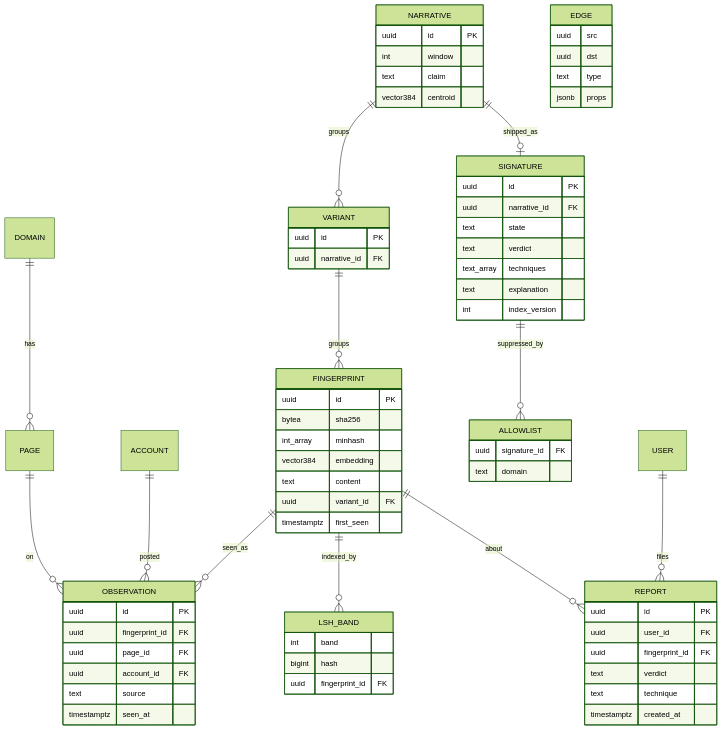
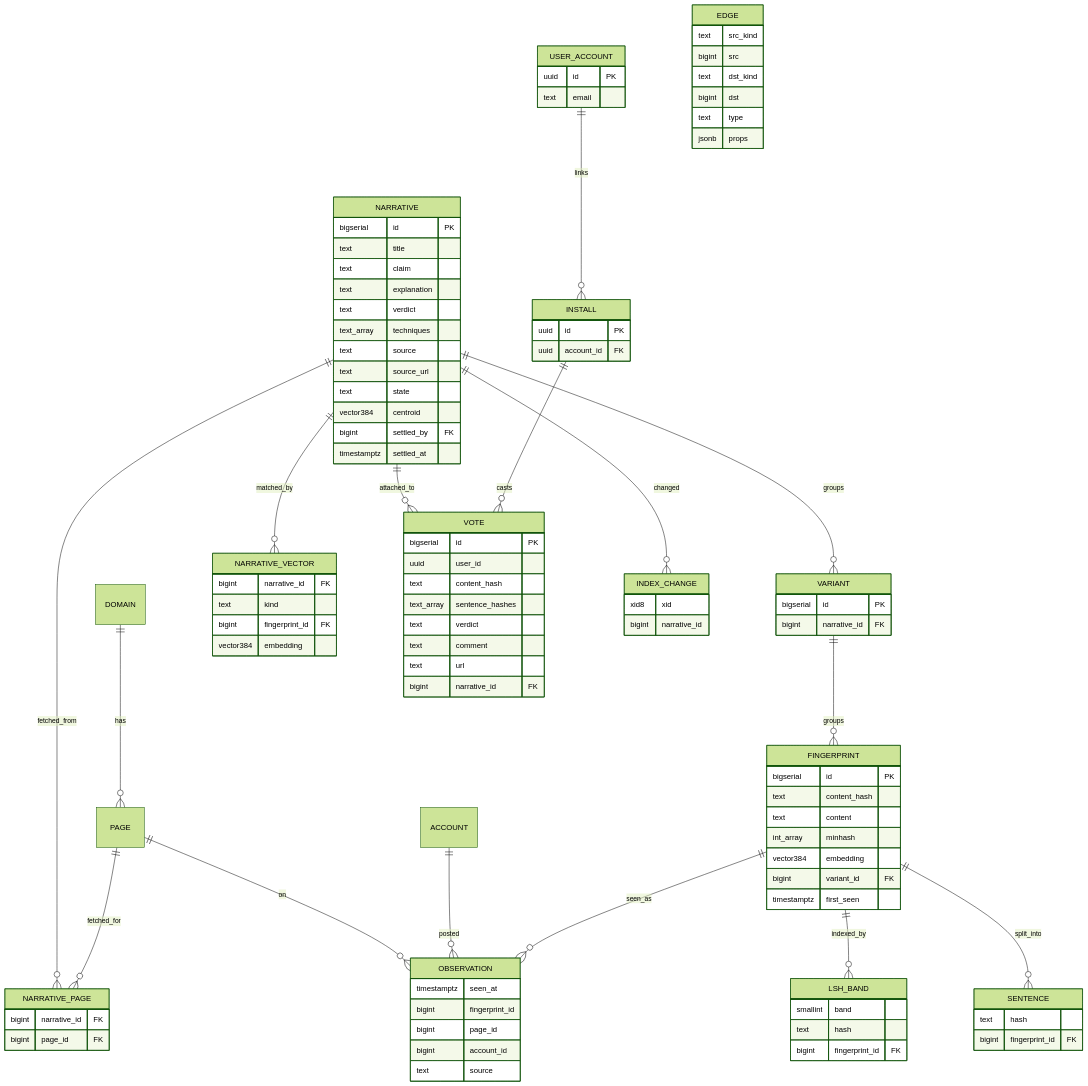
One commit to nlinnanen/konklaavi changed the second of 3 diagrams in docs/data-model.md. Above: the diagram before and after it, drawn with Mermaid (forest theme). The commit also changed other lines of this file and 5 other files, not shown here.

```diff
--- a/docs/data-model.md
+++ b/docs/data-model.md
@@ -49,70 +47,98 @@
   PAGE ||--o{ OBSERVATION : on
   ACCOUNT ||--o{ OBSERVATION : posted
   FINGERPRINT ||--o{ OBSERVATION : seen_as
+  FINGERPRINT ||--o{ SENTENCE : split_into
   FINGERPRINT ||--o{ LSH_BAND : indexed_by
   VARIANT ||--o{ FINGERPRINT : groups
   NARRATIVE ||--o{ VARIANT : groups
-  NARRATIVE ||--o| SIGNATURE : shipped_as
-  SIGNATURE ||--o{ ALLOWLIST : suppressed_by
-  USER ||--o{ REPORT : files
-  FINGERPRINT ||--o{ REPORT : about
+  NARRATIVE ||--o{ NARRATIVE_VECTOR : matched_by
+  NARRATIVE ||--o{ NARRATIVE_PAGE : fetched_from
+  PAGE ||--o{ NARRATIVE_PAGE : fetched_for
+  NARRATIVE ||--o{ VOTE : attached_to
+  NARRATIVE ||--o{ INDEX_CHANGE : changed
+  USER_ACCOUNT ||--o{ INSTALL : links
+  INSTALL ||--o{ VOTE : casts
 
   OBSERVATION {
-    uuid id PK
-    uuid fingerprint_id FK
-    uuid page_id FK
-    uuid account_id FK
+    timestamptz seen_at
+    bigint fingerprint_id
+    bigint page_id
+    bigint account_id
     text source
-    timestamptz seen_at
   }
   FINGERPRINT {
-    uuid id PK
-    bytea sha256
+    bigserial id PK
+    text content_hash
+    text content
     int_array minhash
     vector384 embedding
-    text content
-    uuid variant_id FK
+    bigint variant_id FK
     timestamptz first_seen
   }
+  SENTENCE {
+    text hash
+    bigint fingerprint_id FK
+  }
   LSH_BAND {
-    int band
-    bigint hash
-    uuid fingerprint_id FK
+    smallint band
+    text hash
+    bigint fingerprint_id FK
   }
   VARIANT {
-    uuid id PK
-    uuid narrative_id FK
+    bigserial id PK
+    bigint narrative_id FK
   }
   NARRATIVE {
-    uuid id PK
-    int window
+    bigserial id PK
+    text title
     text claim
-    vector384 centroid
-  }
-  SIGNATURE {
-    uuid id PK
-    uuid narrative_id FK
-    text state
+    text explanation
     text verdict
     text_array techniques
-    text explanation
-    int index_version
+    text source
+    text source_url
+    text state
+    vector384 centroid
+    bigint settled_by FK
+    timestamptz settled_at
   }
-  ALLOWLIST {
-    uuid signature_id FK
-    text domain
+  NARRATIVE_VECTOR {
+    bigint narrative_id FK
+    text kind
+    bigint fingerprint_id FK
+    vector384 embedding
   }
-  REPORT {
+  NARRATIVE_PAGE {
+    bigint narrative_id FK
+    bigint page_id FK
+  }
+  VOTE {
+    bigserial id PK
+    uuid user_id
+    text content_hash
+    text_array sentence_hashes
+    text verdict
+    text comment
+    text url
+    bigint narrative_id FK
+  }
+  USER_ACCOUNT {
     uuid id PK
-    uuid user_id FK
-    uuid fingerprint_id FK
-    text verdict
-    text technique
-    timestamptz created_at
+    text email
+  }
+  INSTALL {
+    uuid id PK
+    uuid account_id FK
+  }
+  INDEX_CHANGE {
+    xid8 xid
+    bigint narrative_id
   }
   EDGE {
-    uuid src
-    uuid dst
+    text src_kind
+    bigint src
+    text dst_kind
+    bigint dst
     text type
     jsonb props
   }
```
